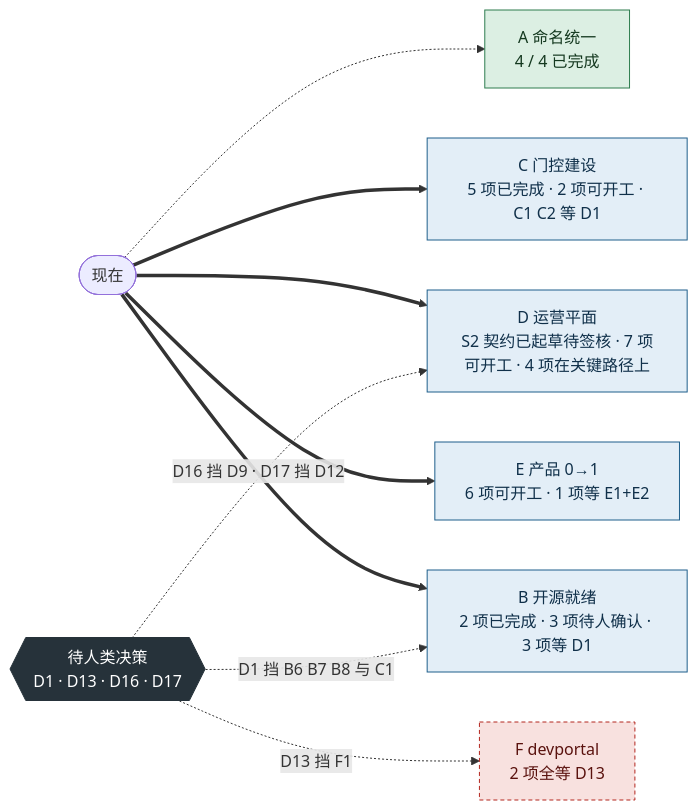
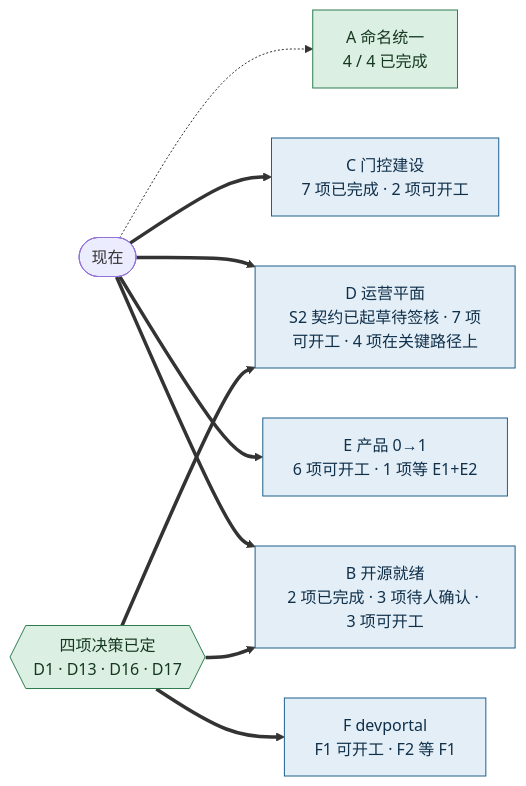
One commit to boardx/workspacex changed the first of 4 diagrams in docs/research/implementation-backlog.md. Above: the diagram before and after it, drawn with Mermaid. The commit also changed other lines of this file and 158 other files, not shown here.

````diff
--- a/docs/research/implementation-backlog.md
+++ b/docs/research/implementation-backlog.md
@@ -51,23 +51,23 @@
 ```mermaid
 flowchart LR
     classDef done fill:#DCEFE3,stroke:#2E7D4F,color:#14381F
     classDef ready fill:#E3EEF7,stroke:#1F5F8B,color:#10304A
     classDef block fill:#F8E1DF,stroke:#B3261E,color:#5A120E,stroke-dasharray:4 3
     classDef dec fill:#26323A,stroke:#26323A,color:#FFFFFF
     NOW(["现在"])
     A["A 命名统一<br/>4 / 4 已完成"]:::done
-    C["C 门控建设<br/>5 项已完成 · 2 项可开工 · C1 C2 等 D1"]:::ready
+    C["C 门控建设<br/>7 项已完成 · 2 项可开工"]:::ready
     D["D 运营平面<br/>S2 契约已起草待签核 · 7 项可开工 · 4 项在关键路径上"]:::ready
     E["E 产品 0→1<br/>6 项可开工 · 1 项等 E1+E2"]:::ready
-    B["B 开源就绪<br/>2 项已完成 · 3 项待人确认 · 3 项等 D1"]:::ready
-    F["F devportal<br/>2 项全等 D13"]:::block
-    G{{"待人类决策<br/>D1 · D13 · D16 · D17"}}:::dec
+    B["B 开源就绪<br/>2 项已完成 · 3 项待人确认 · 3 项可开工"]:::ready
+    F["F devportal<br/>F1 可开工 · F2 等 F1"]:::ready
+    G{{"四项决策已定<br/>D1 · D13 · D16 · D17"}}:::done
     NOW -.-> A
     NOW ==> C
     NOW ==> D
     NOW ==> E
     NOW ==> B
-    G -. "D1 挡 B6 B7 B8 与 C1" .-> B
-    G -. "D13 挡 F1" .-> F
-    G -. "D16 挡 D9 · D17 挡 D12" .-> D
+    G ==> B
+    G ==> F
+    G ==> D
 ```
````
